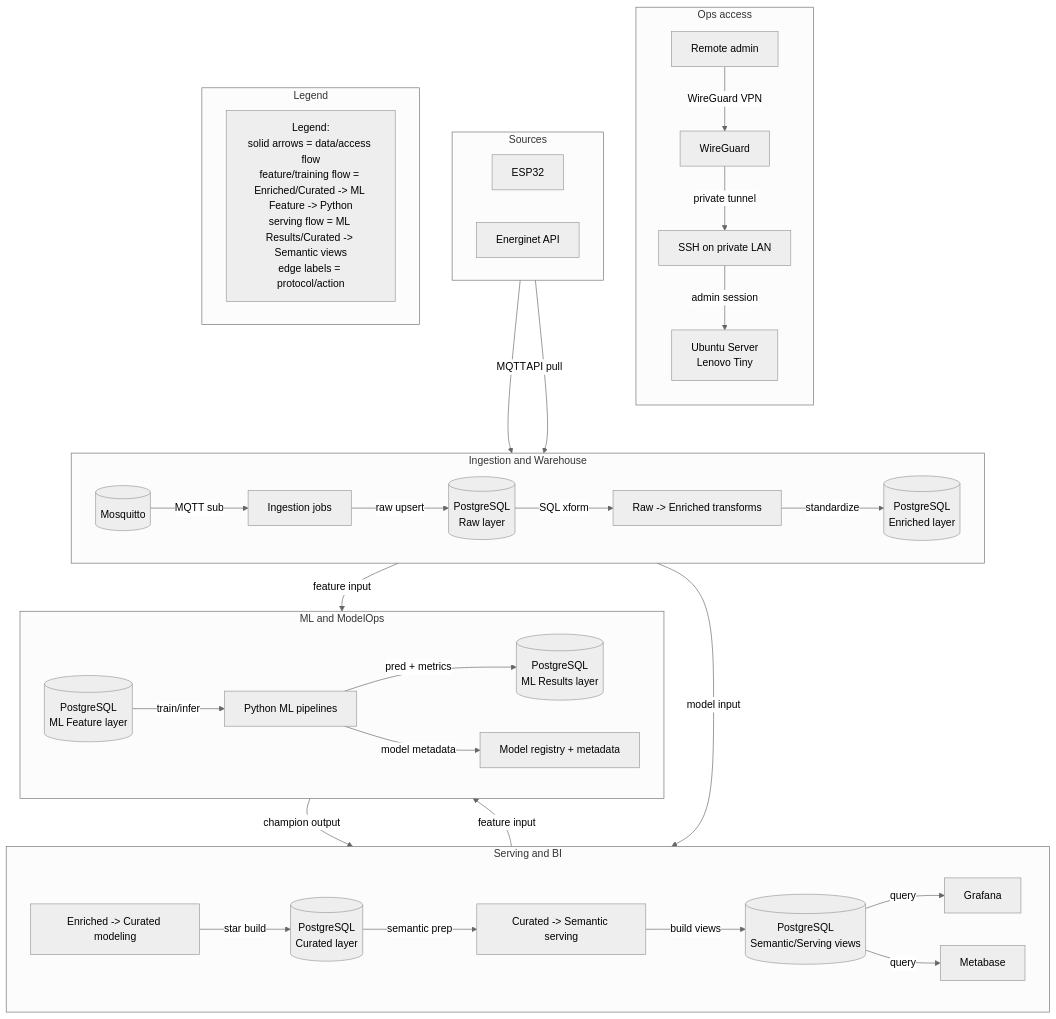
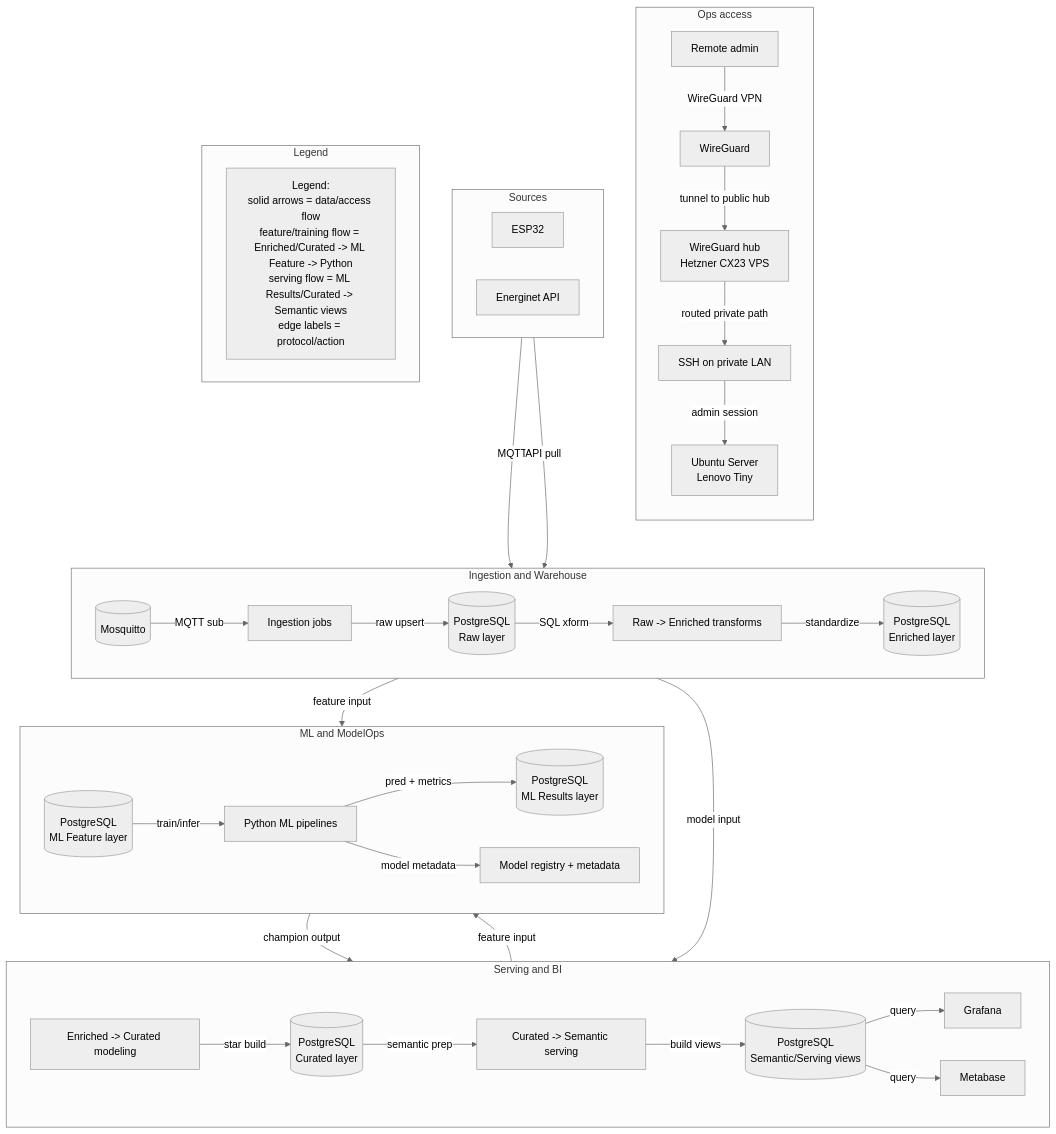
The first of 3 diagrams in README.md (EnTekLasse/commons-anchor), drawn with Mermaid (neutral theme) before and after one commit. The commit also changed other lines of this file and 6 other files, not shown here.

Commit message:
Update docs for pipeline and architecture

````diff
--- a/README.md
+++ b/README.md
@@ -131,72 +168,74 @@
 ```mermaid
 %% AUTO-GENERATED FROM docs/architecture/diagram-model.json
 flowchart TB
   subgraph Ops access
     direction TB
     U["Remote admin"]
     WG["WireGuard"]
+    VPS["WireGuard hub<br/>Hetzner CX23 VPS"]
     SSH["SSH on private LAN"]
     H["Ubuntu Server<br/>Lenovo Tiny"]
   end
 
   subgraph Sources
     direction LR
     E["ESP32"]
     A["Energinet API"]
   end
 
   subgraph Ingestion and Warehouse
     direction LR
     M[("Mosquitto")]
     I["Ingestion jobs"]
     B[("PostgreSQL<br/>Raw layer")]
     TR["Raw -> Enriched transforms"]
     S[("PostgreSQL<br/>Enriched layer")]
   end
 
   subgraph Serving and BI
     direction LR
     TC["Enriched -> Curated modeling"]
     G1[("PostgreSQL<br/>Curated layer")]
     TS["Curated -> Semantic serving"]
     SV[("PostgreSQL<br/>Semantic/Serving views")]
     G["Grafana"]
     MB["Metabase"]
   end
 
   subgraph ML and ModelOps
     direction LR
     FM[("PostgreSQL<br/>ML Feature layer")]
     PY["Python ML pipelines"]
     MR[("PostgreSQL<br/>ML Results layer")]
     MO["Model registry + metadata"]
   end
 
   subgraph Legend
     direction LR
     L1["Legend:<br/>solid arrows = data/access flow<br/>feature/training flow = Enriched/Curated -> ML Feature -> Python<br/>serving flow = ML Results/Curated -> Semantic views<br/>edge labels = protocol/action"]
   end
 
 
   E -->|MQTT| M
   A -->|API pull| I
   M -->|MQTT sub| I
   I -->|raw upsert| B
   B -->|SQL xform| TR
   TR -->|standardize| S
   S -->|model input| TC
   TC -->|star build| G1
   S -->|feature input| FM
   G1 -->|feature input| FM
   FM -->|train/infer| PY
   PY -->|pred + metrics| MR
   PY -->|model metadata| MO
   MR -->|champion output| SV
   G1 -->|semantic prep| TS
   TS -->|build views| SV
   SV -->|query| G
   SV -->|query| MB
   U -->|WireGuard VPN| WG
-  WG -->|private tunnel| SSH
+  WG -->|tunnel to public hub| VPS
+  VPS -->|routed private path| SSH
   SSH -->|admin session| H
 ```
````
